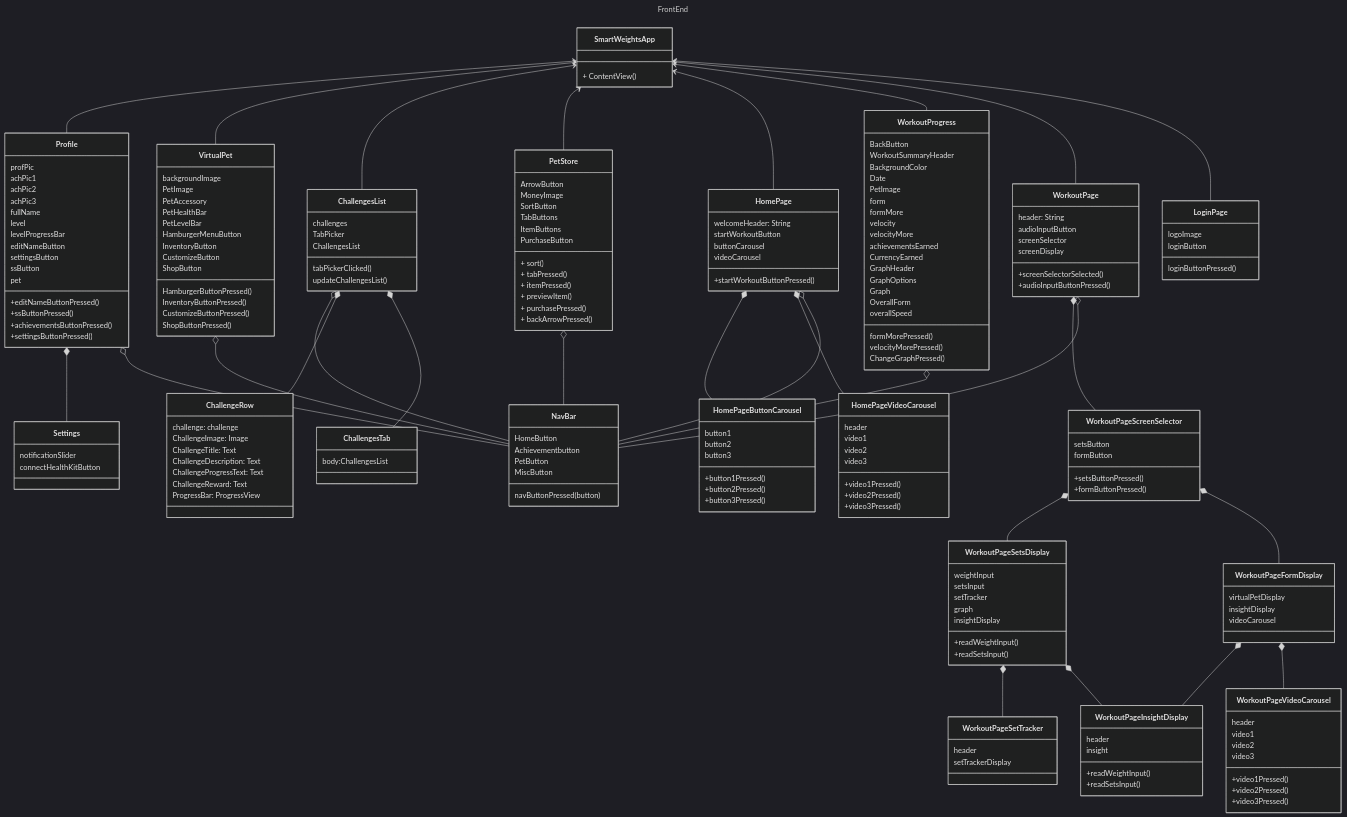
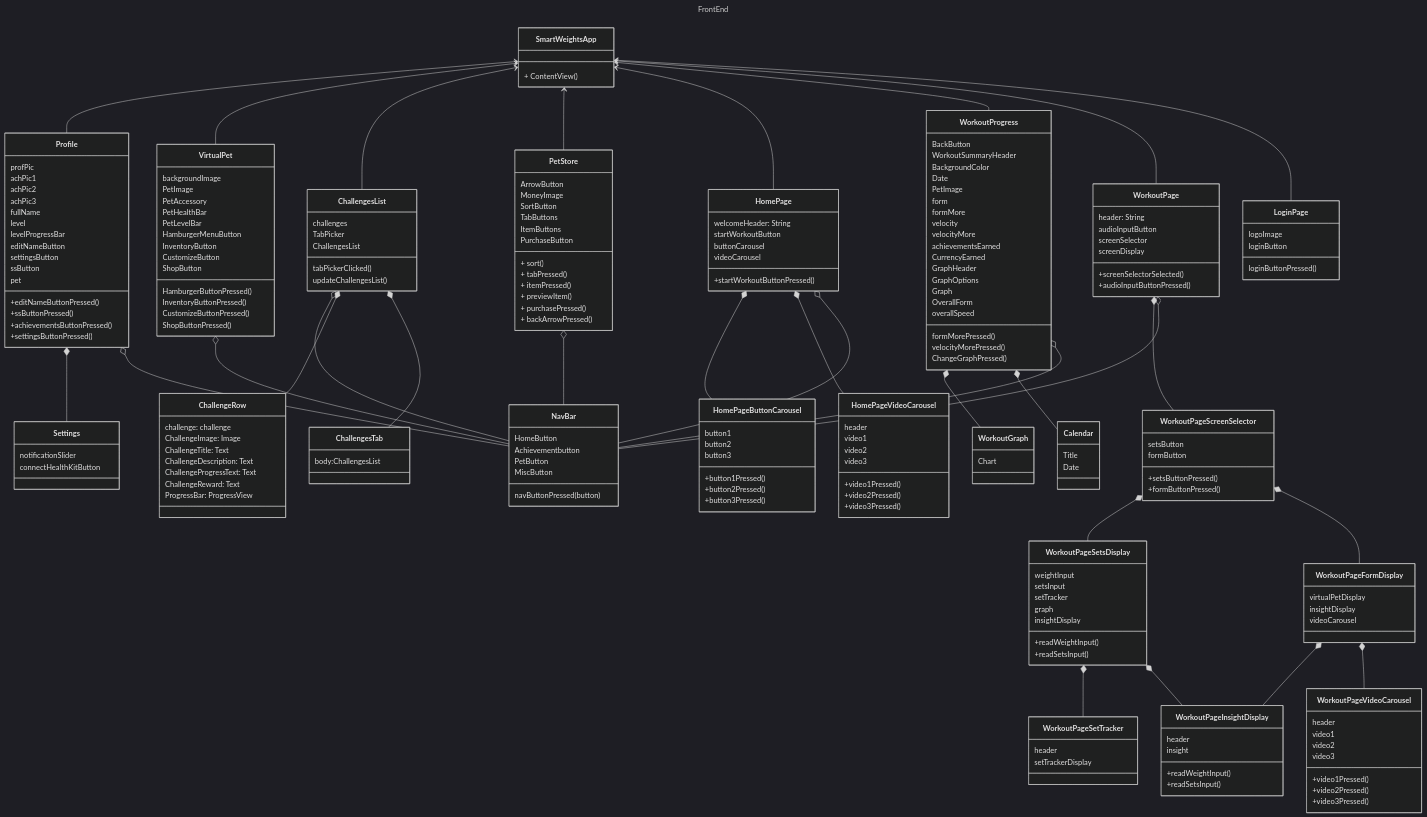
One commit to Capstone-Projects-2024-Spring/project-smartweights changed the first of 2 diagrams in documentation/docs/system-architecture/class-diagram.md. Above: the diagram before and after it, drawn with Mermaid (dark theme).

```diff
--- a/documentation/docs/system-architecture/class-diagram.md
+++ b/documentation/docs/system-architecture/class-diagram.md
@@ -205,7 +205,14 @@
         ChangeGraphPressed()
 
     }
-    
+    class Calendar {
+        Title
+        Date 
+
+    }
+    class WorkoutGraph{
+        Chart
+    }
   
 
     SmartWeightsApp <-- Profile
@@ -228,7 +235,9 @@
     WorkoutPageSetsDisplay *-- WorkoutPageInsightDisplay
     WorkoutPageFormDisplay *-- WorkoutPageInsightDisplay
     WorkoutPageFormDisplay *-- WorkoutPageVideoCarousel
-    
+    WorkoutProgress *-- WorkoutGraph
+    WorkoutProgress *-- Calendar
+
     Profile *-- Settings
 
     Profile o-- NavBar
```
